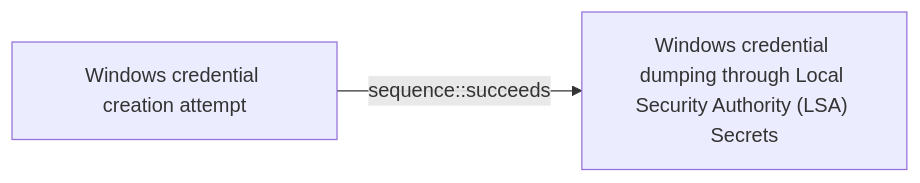
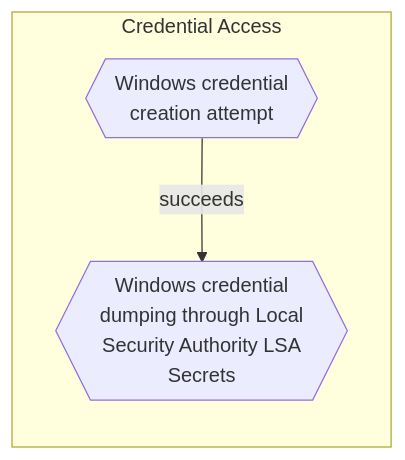
Before and after one commit to opentidehq/library: the diagram in docs/threats/windows-credential-creation-attempt.md, drawn with Mermaid. The commit also changed other lines of this file and 540 other files, not shown here.

````diff
--- a/docs/threats/windows-credential-creation-attempt.md
+++ b/docs/threats/windows-credential-creation-attempt.md
@@ -110,6 +126,8 @@
 ```mermaid
 flowchart LR
-09b9aee8_3849_4578_8243_17157d6d54e0["Windows credential creation attempt"]
-444e014f_d830_4d0d_9c2e_1f76d80ba380["Windows credential dumping through Local Security Authority (LSA) Secrets"]
-09b9aee8_3849_4578_8243_17157d6d54e0 -->|sequence::succeeds| 444e014f_d830_4d0d_9c2e_1f76d80ba380
+subgraph "Credential Access"
+09b9aee8_3849_4578_8243_17157d6d54e0{{"Windows credential<br>creation attempt"}}
+444e014f_d830_4d0d_9c2e_1f76d80ba380{{"Windows credential<br>dumping through Local<br>Security Authority LSA<br>Secrets"}}
+end
+09b9aee8_3849_4578_8243_17157d6d54e0 -->|succeeds| 444e014f_d830_4d0d_9c2e_1f76d80ba380
 ```
````
